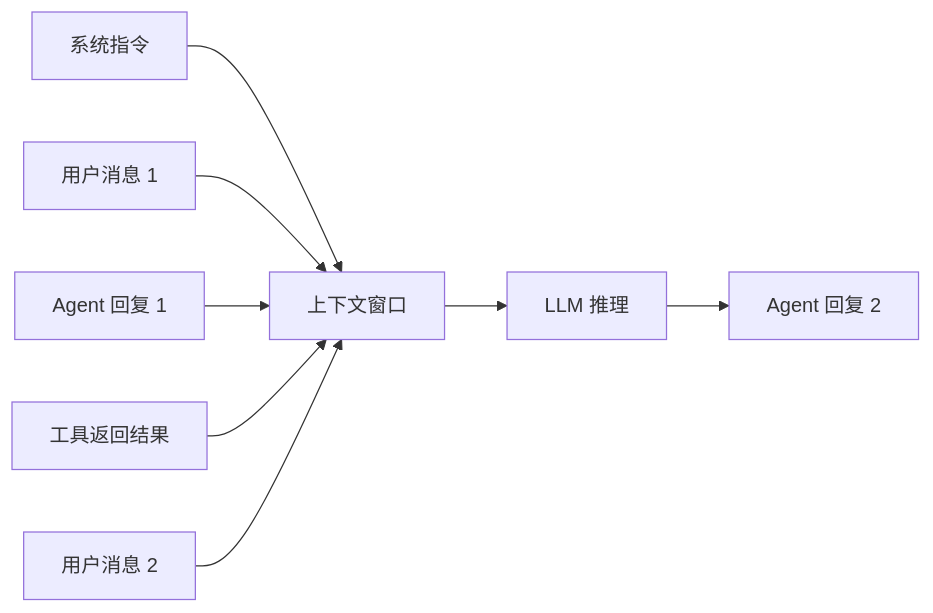
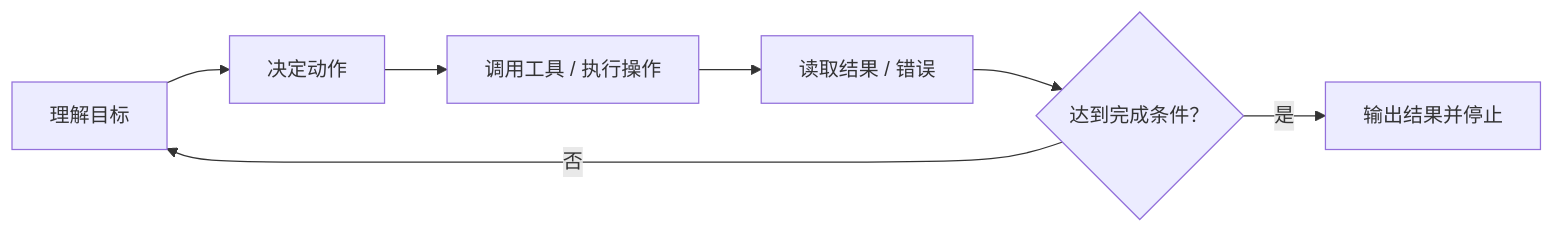
Before and after one commit to zht043/AgenticCodingTutorial: the diagram in docs/topics/topic-memory-system.md, drawn with Mermaid. The commit also changed other lines of this file and 26 other files, not shown here.

````diff
--- a/docs/topics/topic-memory-system.md
+++ b/docs/topics/topic-memory-system.md
@@ -26,10 +222,9 @@
 ```mermaid
 flowchart LR
-    SYS["系统指令"] --> CW["上下文窗口"]
-    U1["用户消息 1"] --> CW
-    A1["Agent 回复 1"] --> CW
-    TOOL["工具返回结果"] --> CW
-    U2["用户消息 2"] --> CW
-    CW --> LLM["LLM 推理"]
-    LLM --> A2["Agent 回复 2"]
+    A["理解目标"] --> B["决定动作"]
+    B --> C["调用工具 / 执行操作"]
+    C --> D["读取结果 / 错误"]
+    D --> E{"达到完成条件？"}
+    E -- "否" --> A
+    E -- "是" --> F["输出结果并停止"]
 ```
````
